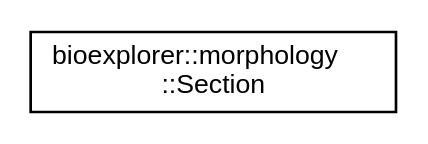
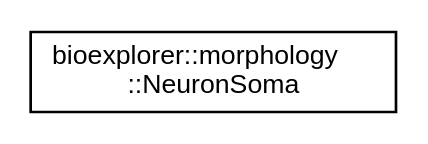
The diagram in docs/inherit_graph_83.dot (BlueBrain/BioExplorer), drawn with Graphviz before and after one commit. The commit also changed 377 other files, not shown here.

```diff
--- a/docs/inherit_graph_83.dot
+++ b/docs/inherit_graph_83.dot
@@ -1,8 +1,8 @@
 digraph "Graphical Class Hierarchy"
 {
  // LATEX_PDF_SIZE
   edge [fontname="Helvetica",fontsize="10",labelfontname="Helvetica",labelfontsize="10"];
   node [fontname="Helvetica",fontsize="10",shape=record];
   rankdir="LR";
-  Node0 [label="bioexplorer::morphology\l::Section",height=0.2,width=0.4,color="black", fillcolor="white", style="filled",URL="$d4/d08/structbioexplorer_1_1morphology_1_1Section.html",tooltip=" "];
+  Node0 [label="bioexplorer::morphology\l::NeuronSoma",height=0.2,width=0.4,color="black", fillcolor="white", style="filled",URL="$d9/d24/structbioexplorer_1_1morphology_1_1NeuronSoma.html",tooltip=" "];
 }
```
